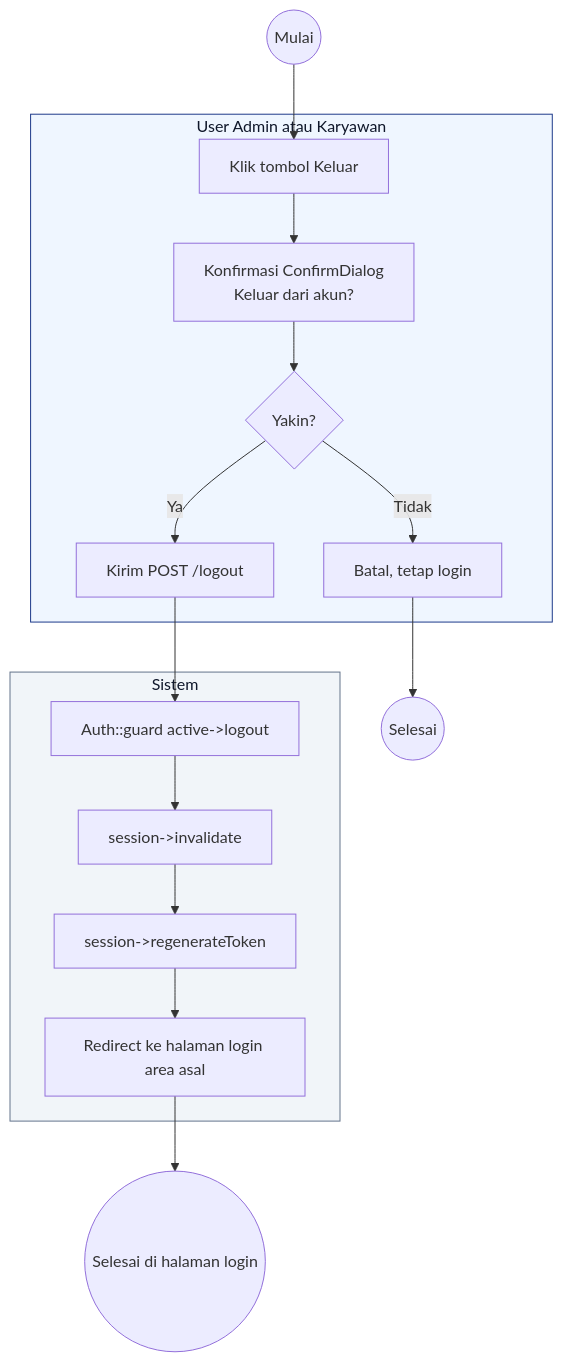
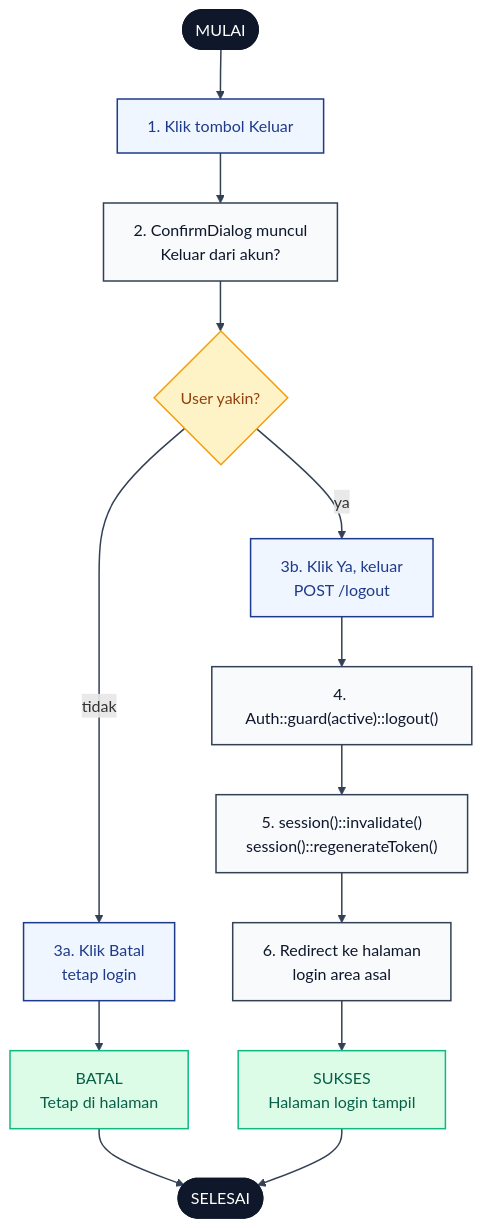
Before and after one commit to radacore/absensi-pu: the diagram in docs/activity-diagrams/03-logout.md, drawn with Mermaid. The commit also changed other lines of this file and 22 other files, not shown here.

First line of the commit message:
docs(diagram): terapkan pola mermaid flowchart TD ke 23 diagram sisanya

````diff
--- a/docs/activity-diagrams/03-logout.md
+++ b/docs/activity-diagrams/03-logout.md
@@ -11,35 +11,43 @@
 ```mermaid
 flowchart TD
-    Start((Mulai)) --> U1
+    START([MULAI]):::se
 
-    subgraph User[User Admin atau Karyawan]
-        U1[Klik tombol Keluar]
-        U2[Konfirmasi ConfirmDialog<br/>Keluar dari akun?]
-        U3{Yakin?}
-        U4[Batal, tetap login]
-        U5[Kirim POST /logout]
-    end
+    A1["1. Klik tombol Keluar"]:::user
+    S1["2. ConfirmDialog muncul<br/>Keluar dari akun?"]:::sys
+    D1{"User yakin?"}:::dec
 
-    subgraph Sistem[Sistem]
-        S1[Auth::guard active->logout]
-        S2[session->invalidate]
-        S3[session->regenerateToken]
-        S4[Redirect ke halaman login area asal]
-    end
+    A2["3a. Klik Batal<br/>tetap login"]:::user
+    A3["3b. Klik Ya, keluar<br/>POST /logout"]:::user
 
-    U1 --> U2
-    U2 --> U3
-    U3 -->|Tidak| U4
-    U4 --> End1((Selesai))
-    U3 -->|Ya| U5
-    U5 --> S1
-    S1 --> S2
+    S2["4. Auth::guard(active)::logout()"]:::sys
+    S3["5. session()::invalidate()<br/>session()::regenerateToken()"]:::sys
+    S4["6. Redirect ke halaman<br/>login area asal"]:::sys
+
+    CANCEL["BATAL<br/>Tetap di halaman"]:::ok
+    OK["SUKSES<br/>Halaman login tampil"]:::ok
+    END([SELESAI]):::se
+
+    START --> A1
+    A1 --> S1
+    S1 --> D1
+
+    D1 -->|tidak| A2
+    A2 --> CANCEL
+    CANCEL --> END
+
+    D1 -->|ya| A3
+    A3 --> S2
     S2 --> S3
     S3 --> S4
-    S4 --> End2((Selesai di halaman login))
+    S4 --> OK
+    OK --> END
 
-    classDef actor fill:#EFF6FF,stroke:#1E3A8A,stroke-width:1px,color:#0F172A
-    classDef system fill:#F1F5F9,stroke:#64748B,stroke-width:1px,color:#0F172A
-    class User actor
-    class Sistem system
+    classDef se fill:#0F172A,stroke:#0F172A,color:#fff,stroke-width:2px
+    classDef user fill:#EFF6FF,stroke:#1E3A8A,color:#1E3A8A,stroke-width:1.5px
+    classDef sys fill:#F8FAFC,stroke:#334155,color:#0F172A,stroke-width:1.5px
+    classDef dec fill:#FEF3C7,stroke:#F59E0B,color:#92400E,stroke-width:1.5px
+    classDef err fill:#FEE2E2,stroke:#EF4444,color:#991B1B,stroke-width:1.5px
+    classDef ok fill:#DCFCE7,stroke:#10B981,color:#065F46,stroke-width:1.5px
+
+    linkStyle default stroke:#334155,stroke-width:1.5px
 ```
````
